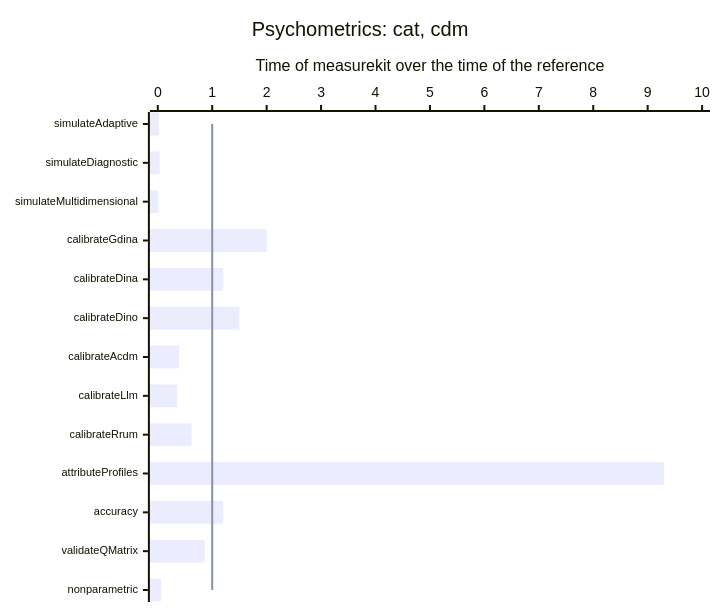
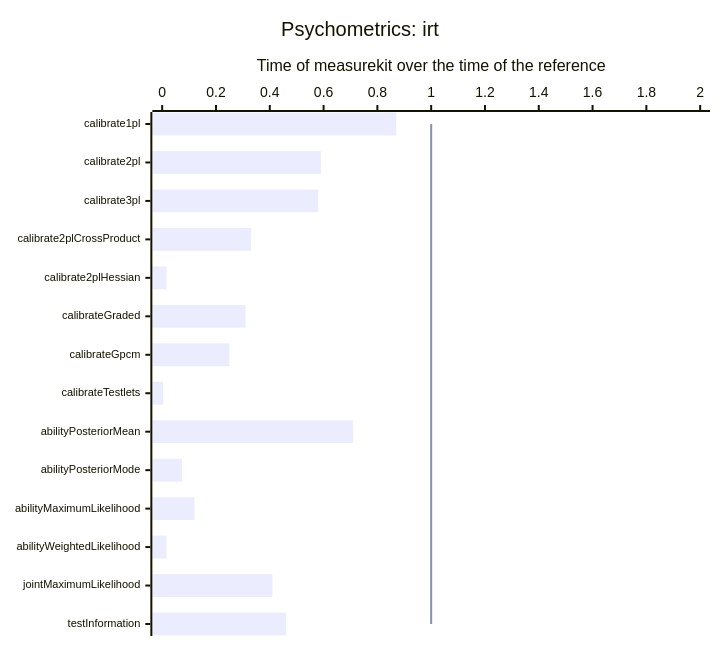
Before and after one commit to measurekit/measurekit: the seventh of 11 diagrams in docs/performance.md, drawn with Mermaid. The commit also changed other lines of this file and 1 other file, not shown here.

First line of the commit message:
Refresh the benchmark tables and charts, and tighten the budgets of the rows that the EM changes sped up

````diff
--- a/docs/performance.md
+++ b/docs/performance.md
@@ -73,9 +73,9 @@
 ```mermaid
-%%{init: {"xyChart": {"height": 592, "xAxis": {"labelFontSize": 11}}}}%%
+%%{init: {"xyChart": {"height": 626, "xAxis": {"labelFontSize": 11}}}}%%
 xychart-beta horizontal
-  title "Psychometrics: cat, cdm"
-  x-axis ["simulateAdaptive", "simulateDiagnostic", "simulateMultidimensional", "calibrateGdina", "calibrateDina", "calibrateDino", "calibrateAcdm", "calibrateLlm", "calibrateRrum", "attributeProfiles", "accuracy", "validateQMatrix", "nonparametric"]
-  y-axis "Time of measurekit over the time of the reference" 0 --> 10
-  bar [0.021, 0.035, 0.013, 2, 1.2, 1.5, 0.39, 0.36, 0.62, 9.3, 1.2, 0.86, 0.06]
-  line [1, 1, 1, 1, 1, 1, 1, 1, 1, 1, 1, 1, 1]
+  title "Psychometrics: irt"
+  x-axis ["calibrate1pl", "calibrate2pl", "calibrate3pl", "calibrate2plCrossProduct", "calibrate2plHessian", "calibrateGraded", "calibrateGpcm", "calibrateTestlets", "abilityPosteriorMean", "abilityPosteriorMode", "abilityMaximumLikelihood", "abilityWeightedLikelihood", "jointMaximumLikelihood", "testInformation"]
+  y-axis "Time of measurekit over the time of the reference" 0 --> 2
+  bar [0.87, 0.59, 0.58, 0.33, 0.016, 0.31, 0.25, 0.0036, 0.71, 0.074, 0.12, 0.016, 0.41, 0.46]
+  line [1, 1, 1, 1, 1, 1, 1, 1, 1, 1, 1, 1, 1, 1]
 ```
````
